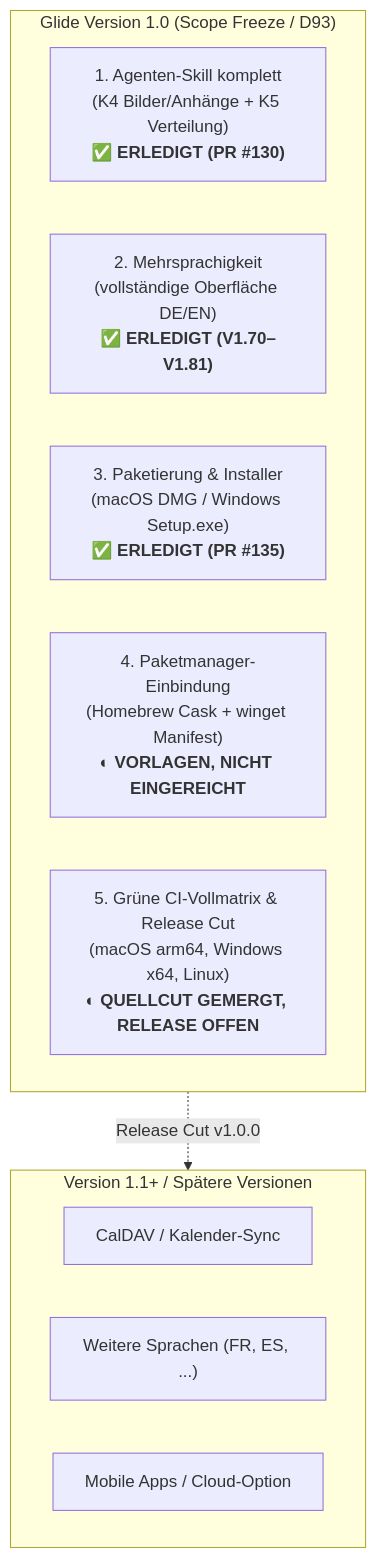
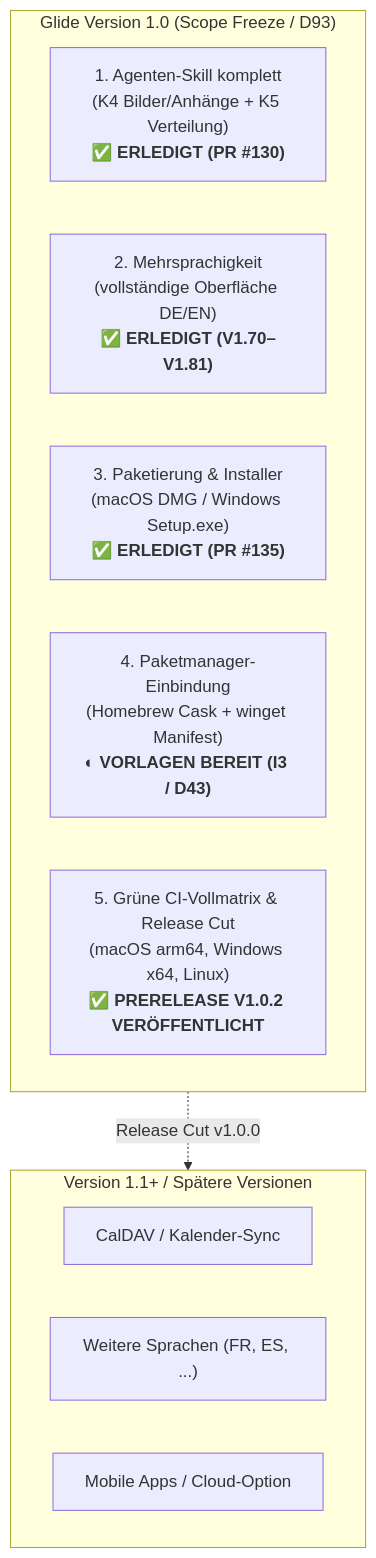
Before and after one commit to n05a-design/glide-to-do: the diagram in 00_Arbeitsvorbereitung/Glide_Meilenstein_v1_Plan.md, drawn with Mermaid. The commit also changed other lines of this file and 19 other files, not shown here.

````diff
--- a/00_Arbeitsvorbereitung/Glide_Meilenstein_v1_Plan.md
+++ b/00_Arbeitsvorbereitung/Glide_Meilenstein_v1_Plan.md
@@ -15,18 +15,18 @@
 ```mermaid
 flowchart TD
     subgraph V1 ["Glide Version 1.0 (Scope Freeze / D93)"]
         S["1. Agenten-Skill komplett<br/>(K4 Bilder/Anhänge + K5 Verteilung)<br/><b>✅ ERLEDIGT (PR #130)</b>"]
         I["2. Mehrsprachigkeit<br/>(vollständige Oberfläche DE/EN)<br/><b>✅ ERLEDIGT (V1.70–V1.81)</b>"]
         P["3. Paketierung & Installer<br/>(macOS DMG / Windows Setup.exe)<br/><b>✅ ERLEDIGT (PR #135)</b>"]
-        M["4. Paketmanager-Einbindung<br/>(Homebrew Cask + winget Manifest)<br/><b>◐ VORLAGEN, NICHT EINGEREICHT</b>"]
-        Q["5. Grüne CI-Vollmatrix & Release Cut<br/>(macOS arm64, Windows x64, Linux)<br/><b>◐ QUELLCUT GEMERGT, RELEASE OFFEN</b>"]
+        M["4. Paketmanager-Einbindung<br/>(Homebrew Cask + winget Manifest)<br/><b>◐ VORLAGEN BEREIT (I3 / D43)</b>"]
+        Q["5. Grüne CI-Vollmatrix & Release Cut<br/>(macOS arm64, Windows x64, Linux)<br/><b>✅ PRERELEASE V1.0.2 VERÖFFENTLICHT</b>"]
     end
 
     subgraph POST ["Version 1.1+ / Spätere Versionen"]
                 CAL["CalDAV / Kalender-Sync"]
         LANG["Weitere Sprachen (FR, ES, ...)"]
         MOB["Mobile Apps / Cloud-Option"]
     end
 
     V1 -.->|Release Cut v1.0.0| POST
 ```
````
